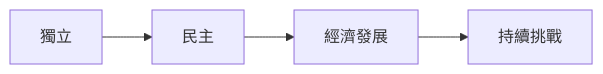
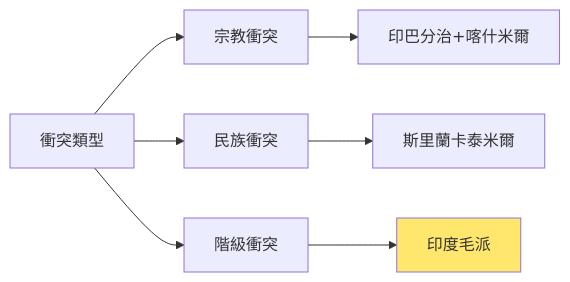
The eighth of 10 diagrams in 01_HKU_Courses/HIST2188_Making_modern_South_Asia.md (yip-lgtm/HKU-Harvard-History-Self-Study), drawn with Mermaid before and after one commit. The commit also changed other lines of this file and 7 other files, not shown here.

````diff
--- a/01_HKU_Courses/HIST2188_Making_modern_South_Asia.md
+++ b/01_HKU_Courses/HIST2188_Making_modern_South_Asia.md
@@ -152,6 +271,10 @@
 ```mermaid
 graph LR
-    A[獨立] --> B[民主]
-    B --> C[經濟發展]
-    C --> D[持續挑戰]
+    A["衝突類型"] --> B["宗教衝突"]
+    A --> C["民族衝突"]
+    A --> D["階級衝突"]
+    B --> E["印巴分治+喀什米爾"]
+    C --> F["斯里蘭卡泰米爾"]
+    D --> G["印度毛派"]
+    style G fill:#FFE66D
 ```
````
